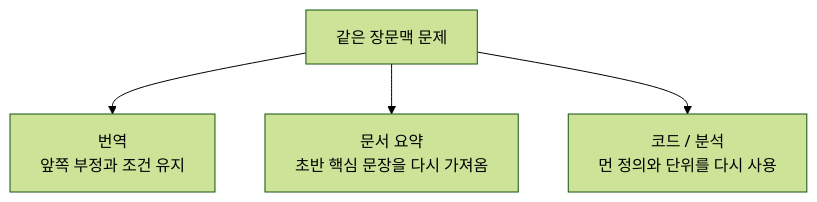
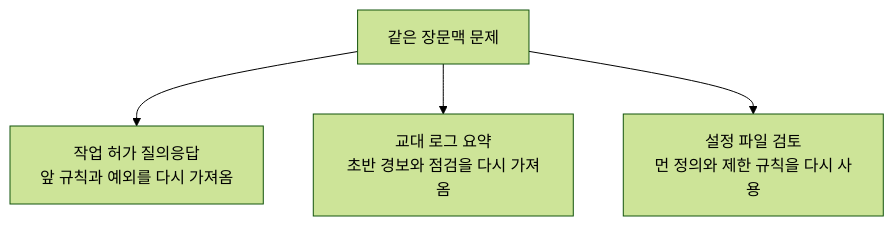
Before and after one commit to devchan64/AiBook: the diagram in docs/assets/part-05/chapter-14/long-context-task-flow-ko.mmd, drawn with Mermaid (forest theme). The commit also changed 16 other files, not shown here.

```diff
--- a/docs/assets/part-05/chapter-14/long-context-task-flow-ko.mmd
+++ b/docs/assets/part-05/chapter-14/long-context-task-flow-ko.mmd
@@ -1,9 +1,9 @@
 flowchart TD
   A["같은 장문맥 문제"]
-  B["번역<br/>앞쪽 부정과 조건 유지"]
-  C["문서 요약<br/>초반 핵심 문장을 다시 가져옴"]
-  D["코드 / 분석<br/>먼 정의와 단위를 다시 사용"]
+  B["작업 허가 질의응답<br/>앞 규칙과 예외를 다시 가져옴"]
+  C["교대 로그 요약<br/>초반 경보와 점검을 다시 가져옴"]
+  D["설정 파일 검토<br/>먼 정의와 제한 규칙을 다시 사용"]
 
   A --> B
   A --> C
   A --> D
```
